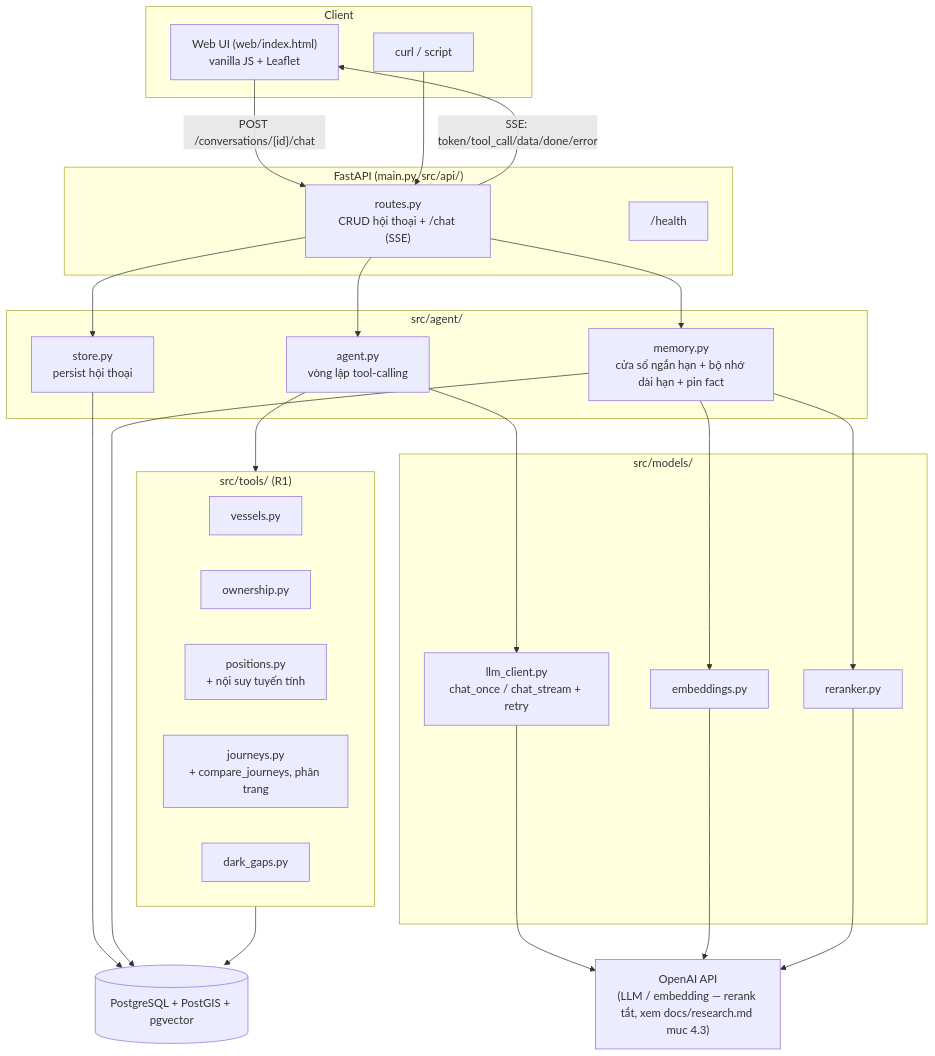
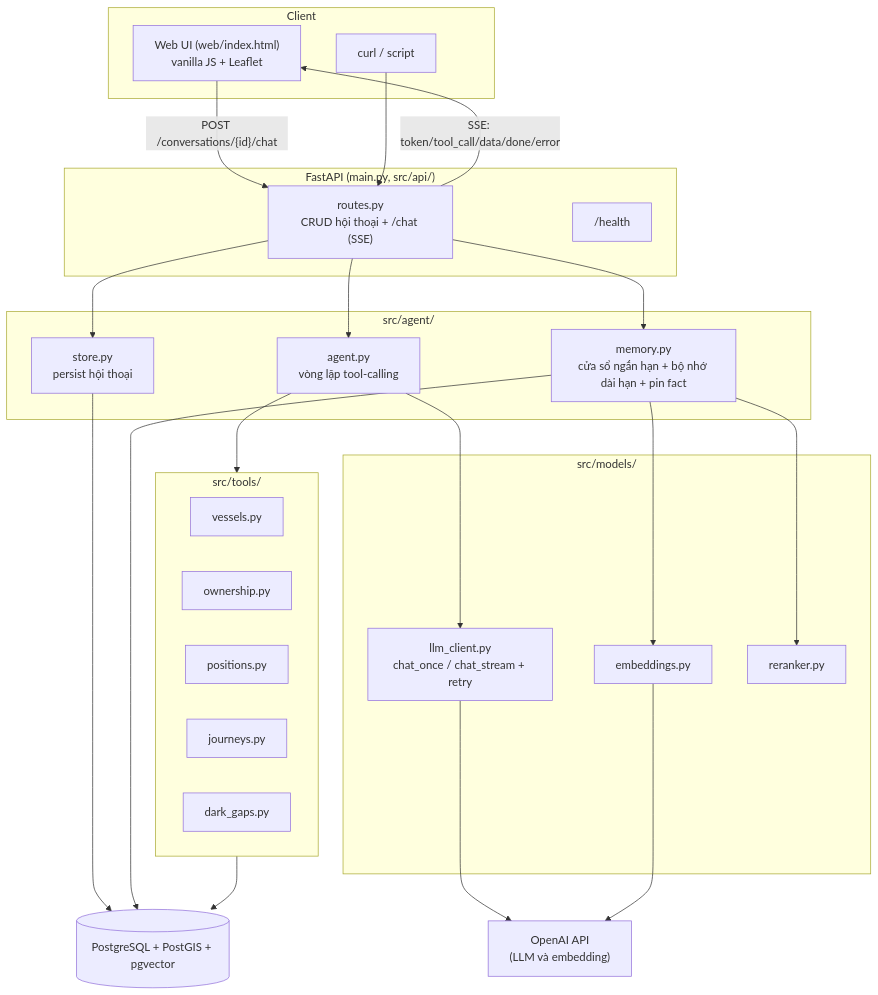
One commit to cong2235/vessel-tracking-chatbot changed the first of 2 diagrams in docs/architecture.md. Above: the diagram before and after it, drawn with Mermaid. The commit also changed other lines of this file and 5 other files, not shown here.

````diff
--- a/docs/architecture.md
+++ b/docs/architecture.md
@@ -5,52 +5,51 @@
 ```mermaid
 flowchart TB
     subgraph Client
         UI["Web UI (web/index.html)<br/>vanilla JS + Leaflet"]
         CURL["curl / script"]
     end
 
     subgraph API["FastAPI (main.py, src/api/)"]
         ROUTES["routes.py<br/>CRUD hội thoại + /chat (SSE)"]
         HEALTH["/health"]
     end
 
     subgraph Agent["src/agent/"]
         LOOP["agent.py<br/>vòng lặp tool-calling"]
         MEM["memory.py<br/>cửa sổ ngắn hạn + bộ nhớ dài hạn + pin fact"]
         STORE["store.py<br/>persist hội thoại"]
     end
 
     subgraph Models["src/models/"]
         LLM["llm_client.py<br/>chat_once / chat_stream + retry"]
         EMB["embeddings.py"]
         RR["reranker.py"]
     end
 
-    subgraph Tools["src/tools/ (R1)"]
+    subgraph Tools["src/tools/"]
         T1["vessels.py"]
         T2["ownership.py"]
-        T3["positions.py<br/>+ nội suy tuyến tính"]
-        T4["journeys.py<br/>+ compare_journeys, phân trang"]
+        T3["positions.py"]
+        T4["journeys.py"]
         T5["dark_gaps.py"]
     end
 
     DB[("PostgreSQL + PostGIS + pgvector")]
-    CF["OpenAI API<br/>(LLM / embedding — rerank tắt, xem docs/research.md muc 4.3)"]
+    LLMP["OpenAI API<br/>(LLM và embedding)"]
 
     UI -- "POST /conversations/{id}/chat" --> ROUTES
     CURL --> ROUTES
     ROUTES --> STORE
     ROUTES --> MEM
     ROUTES --> LOOP
     LOOP --> LLM
     LOOP --> Tools
     MEM --> EMB
     MEM --> RR
-    LLM --> CF
-    EMB --> CF
-    RR --> CF
+    LLM --> LLMP
+    EMB --> LLMP
     Tools --> DB
     STORE --> DB
     MEM --> DB
     ROUTES -- "SSE: token/tool_call/data/done/error" --> UI
 ```
````
